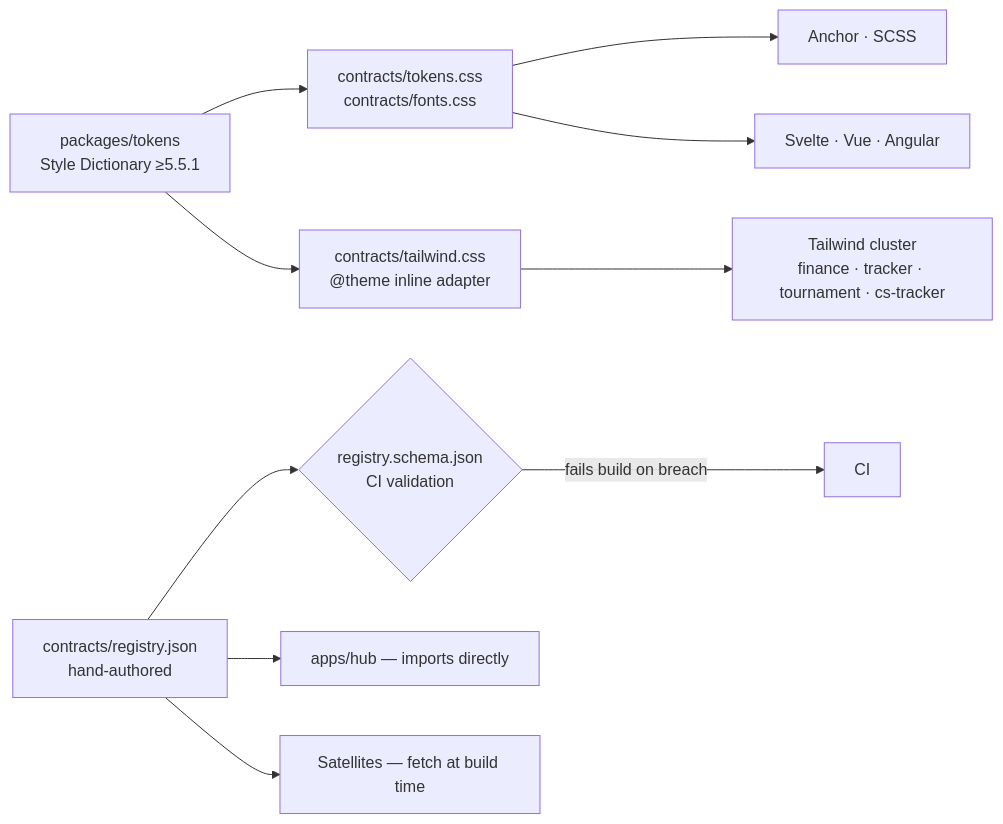
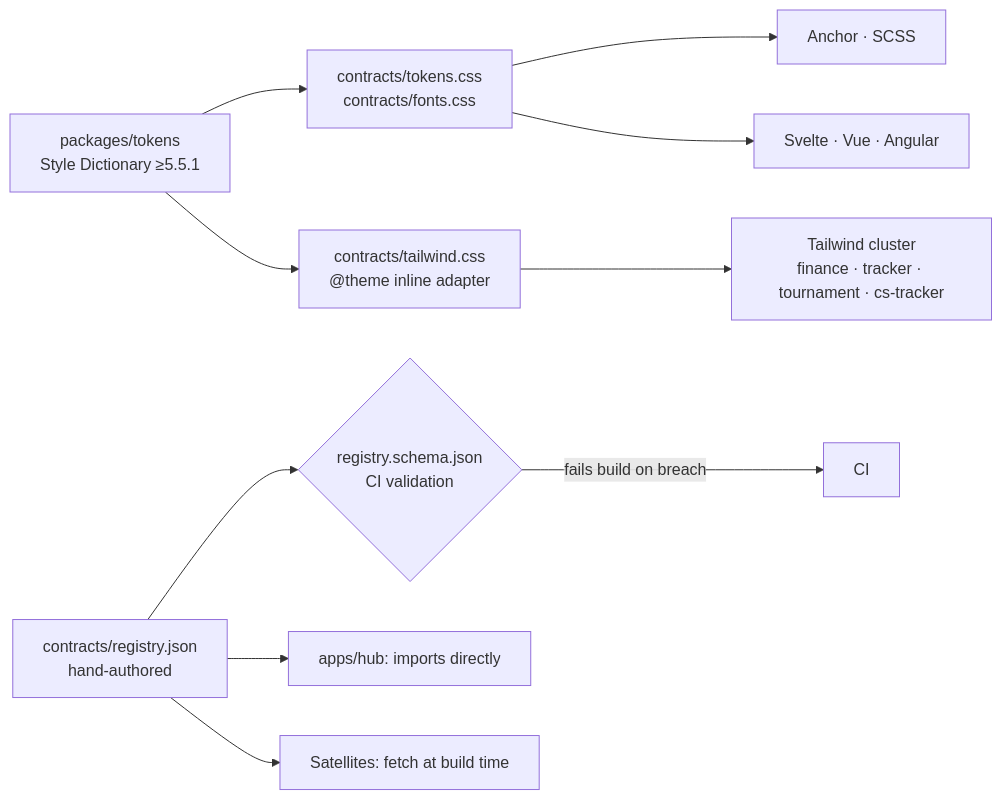
Before and after one commit to LuigiEspinosa/cuatro-portfolio: the third of 3 diagrams in _bmad-output/planning-artifacts/architecture/architecture-cuatro-portfolio-2026-08-15/ARCHITECTURE-SPINE.md, drawn with Mermaid. The commit also changed other lines of this file and 60 other files, not shown here.

````diff
--- a/_bmad-output/planning-artifacts/architecture/architecture-cuatro-portfolio-2026-08-15/ARCHITECTURE-SPINE.md
+++ b/_bmad-output/planning-artifacts/architecture/architecture-cuatro-portfolio-2026-08-15/ARCHITECTURE-SPINE.md
@@ -357,12 +357,12 @@
 ```mermaid
 graph LR
   sd["packages/tokens<br/>Style Dictionary ≥5.5.1"] --> tc["contracts/tokens.css<br/>contracts/fonts.css"]
   sd --> ad["contracts/tailwind.css<br/>@theme inline adapter"]
   reg["contracts/registry.json<br/>hand-authored"] --> sch{"registry.schema.json<br/>CI validation"}
   sch -->|fails build on breach| ci["CI"]
   tc --> anchor["Anchor · SCSS"]
   ad --> cluster["Tailwind cluster<br/>finance · tracker · tournament · cs-tracker"]
   tc --> plain["Svelte · Vue · Angular"]
-  reg --> hubapp["apps/hub — imports directly"]
-  reg --> satb["Satellites — fetch at build time"]
+  reg --> hubapp["apps/hub: imports directly"]
+  reg --> satb["Satellites: fetch at build time"]
 ```
````
